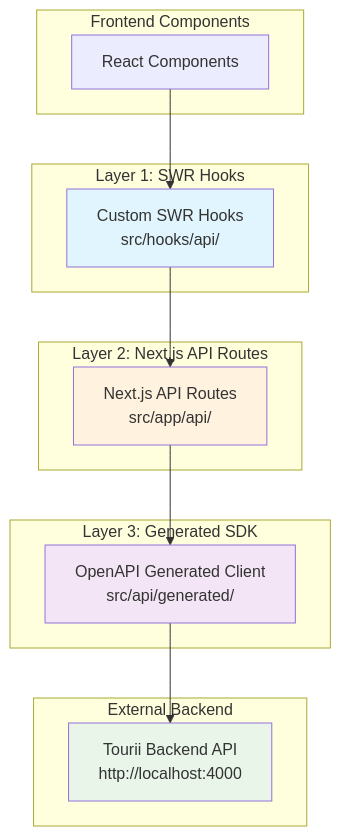
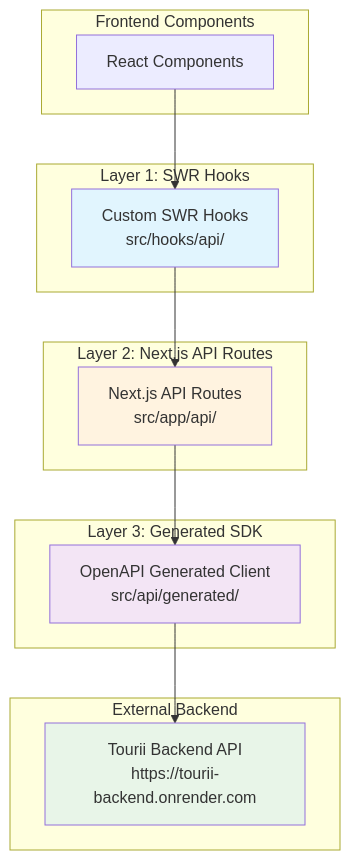
The first of 3 diagrams in docs/API_INTEGRATION.md (sx-tane/tourii), drawn with Mermaid before and after one commit. The commit also changed other lines of this file and 2 other files, not shown here.

````diff
--- a/docs/API_INTEGRATION.md
+++ b/docs/API_INTEGRATION.md
@@ -11,37 +11,37 @@
 ```mermaid
 graph TB
     subgraph "Frontend Components"
         COMP[React Components]
     end
     
     subgraph "Layer 1: SWR Hooks"
         HOOKS[Custom SWR Hooks<br/>src/hooks/api/]
     end
     
     subgraph "Layer 2: Next.js API Routes"
         API_ROUTES[Next.js API Routes<br/>src/app/api/]
     end
     
     subgraph "Layer 3: Generated SDK"
         SDK[OpenAPI Generated Client<br/>src/api/generated/]
     end
     
     subgraph "External Backend"
-        BACKEND[Tourii Backend API<br/>http://localhost:4000]
+        BACKEND[Tourii Backend API<br/>https://tourii-backend.onrender.com]
     end
     
     COMP --> HOOKS
     HOOKS --> API_ROUTES
     API_ROUTES --> SDK
     SDK --> BACKEND
     
     classDef layerOne fill:#e1f5fe
     classDef layerTwo fill:#fff3e0
     classDef layerThree fill:#f3e5f5
     classDef external fill:#e8f5e8
     
     class HOOKS layerOne
     class API_ROUTES layerTwo
     class SDK layerThree
     class BACKEND external
 ```
````
